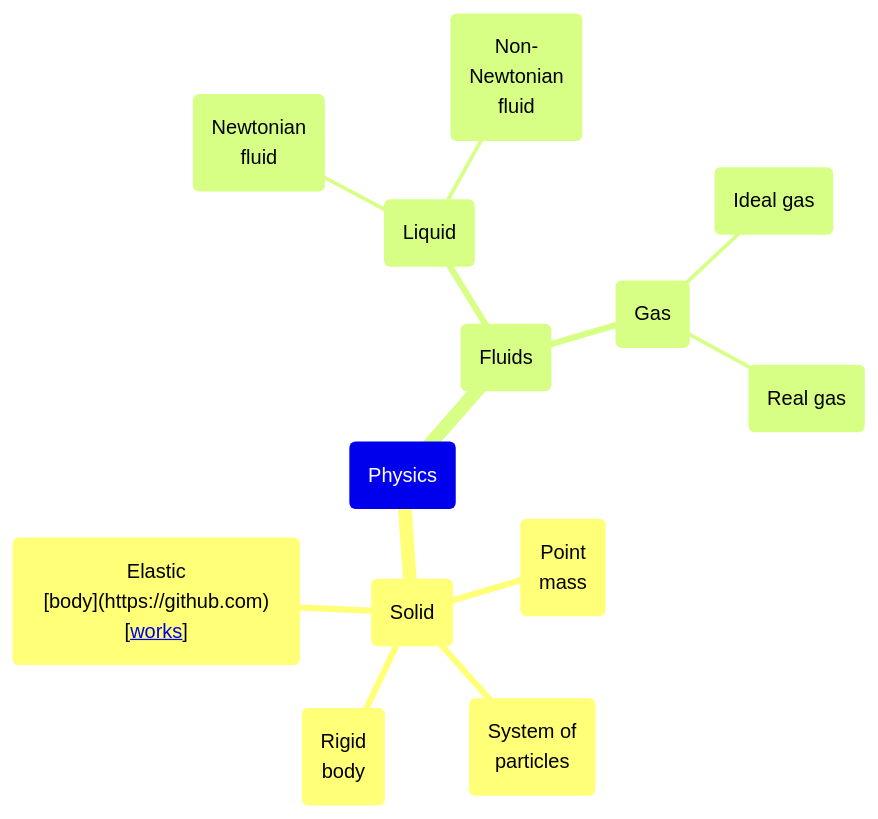
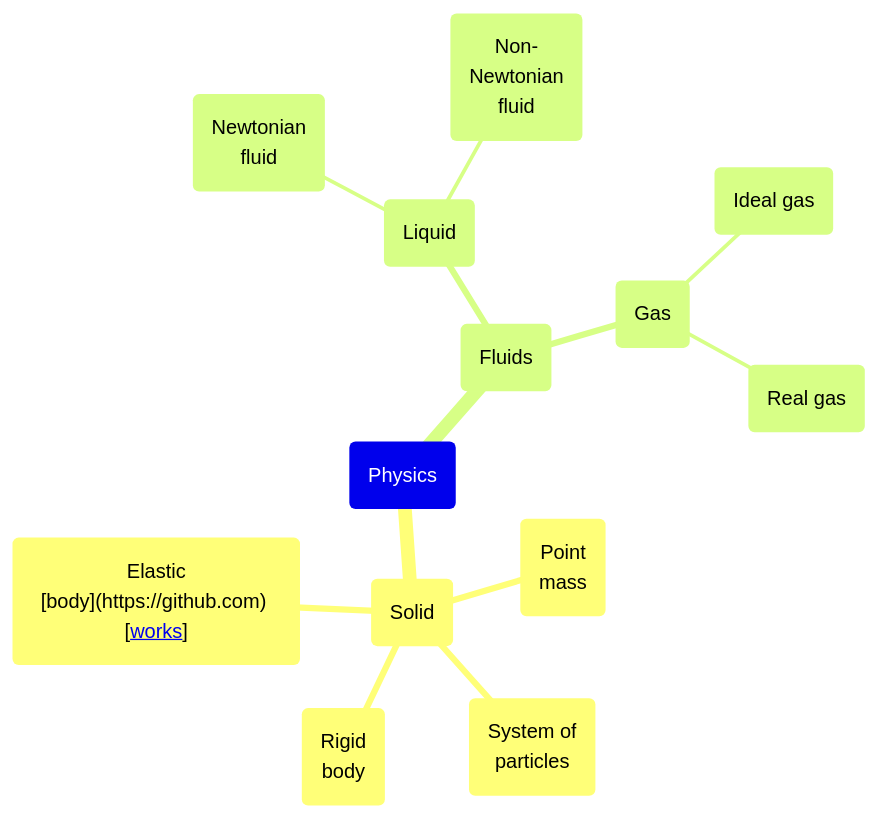
The first of 2 diagrams in codebase.md (dragonhunt02/v-sekai-game), drawn with Mermaid before and after one commit.

````diff
--- a/codebase.md
+++ b/codebase.md
@@ -1,17 +1,17 @@
 ```mermaid
 mindmap
   ("Physics")
     ("Solid")
       ("Point<br>mass")
       ("System of<br>particles")
       ("Rigid<br>body")
-      ("Elastic<br>[body](https://github.com)[<a href='https://github.com/dragonhunt02/v-sekai-game/blob/docs/codebase.md#test'>works</a>]")
+      ("Elastic<br> [body](https://github.com)  [<a href='https://github.com/dragonhunt02/v-sekai-game/blob/docs/codebase.md#test'>works</a>]")
     ("Fluids")
       ("Liquid")
         ("Newtonian<br>fluid")
         ("Non-<br>Newtonian<br>fluid")
       ("Gas")
         ("Ideal gas")
         ("Real gas")
 
 ```
````
